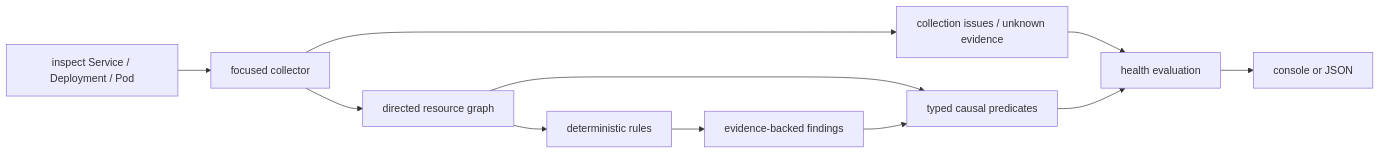
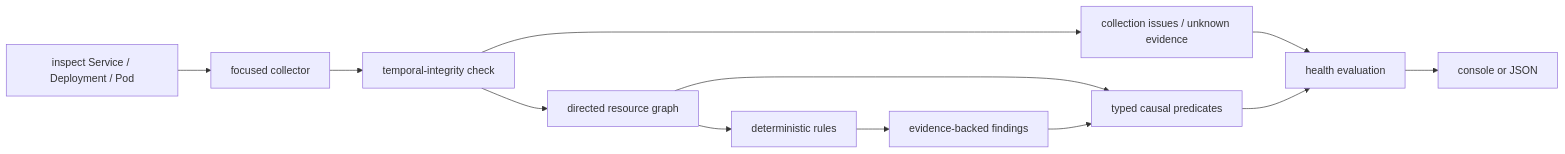
Before and after one commit to leventozen/kubectl-tuna: the diagram in README.md, drawn with Mermaid. The commit also changed other lines of this file and 12 other files, not shown here.

````diff
--- a/README.md
+++ b/README.md
@@ -93,13 +114,14 @@
 ```mermaid
 flowchart LR
     CLI["inspect Service / Deployment / Pod"] --> C["focused collector"]
-    C --> G["directed resource graph"]
-    C --> U["collection issues / unknown evidence"]
+    C --> T["temporal-integrity check"]
+    T --> G["directed resource graph"]
+    T --> U["collection issues / unknown evidence"]
     G --> R["deterministic rules"]
     R --> F["evidence-backed findings"]
     G --> X["typed causal predicates"]
     F --> X
     U --> H["health evaluation"]
     X --> H
     H --> O["console or JSON"]
 ```
````
